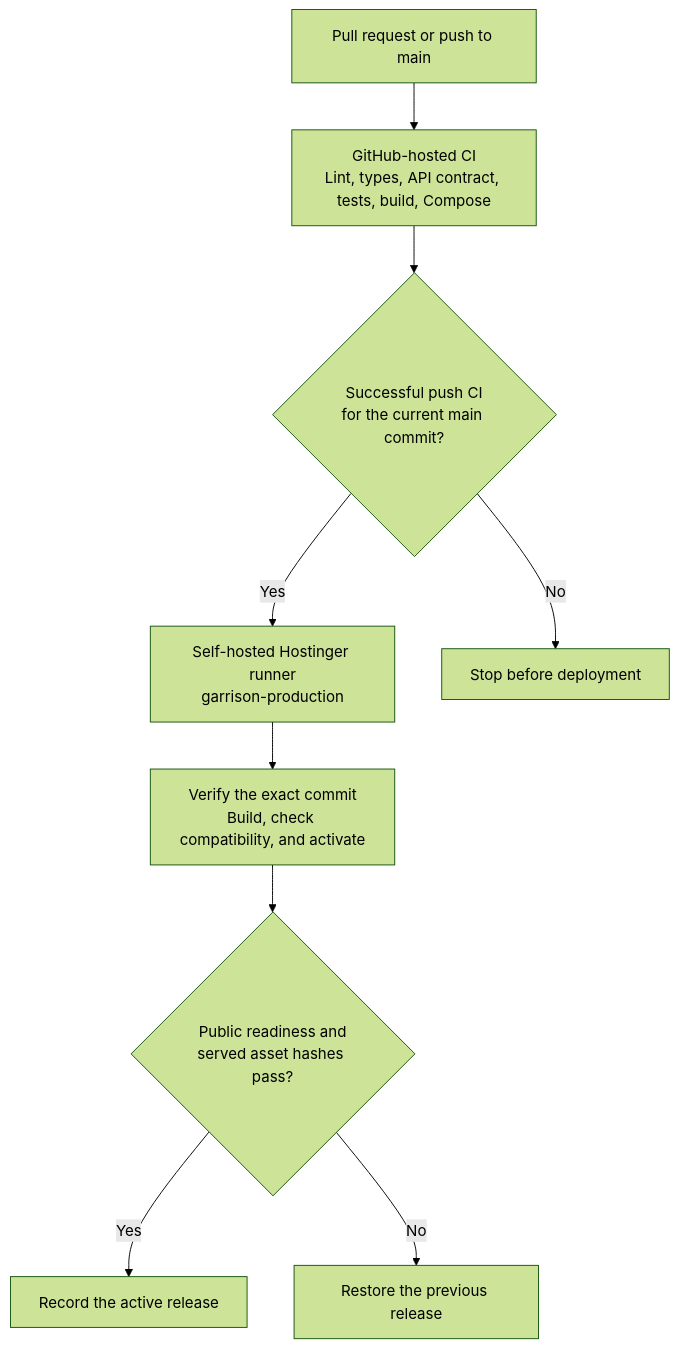
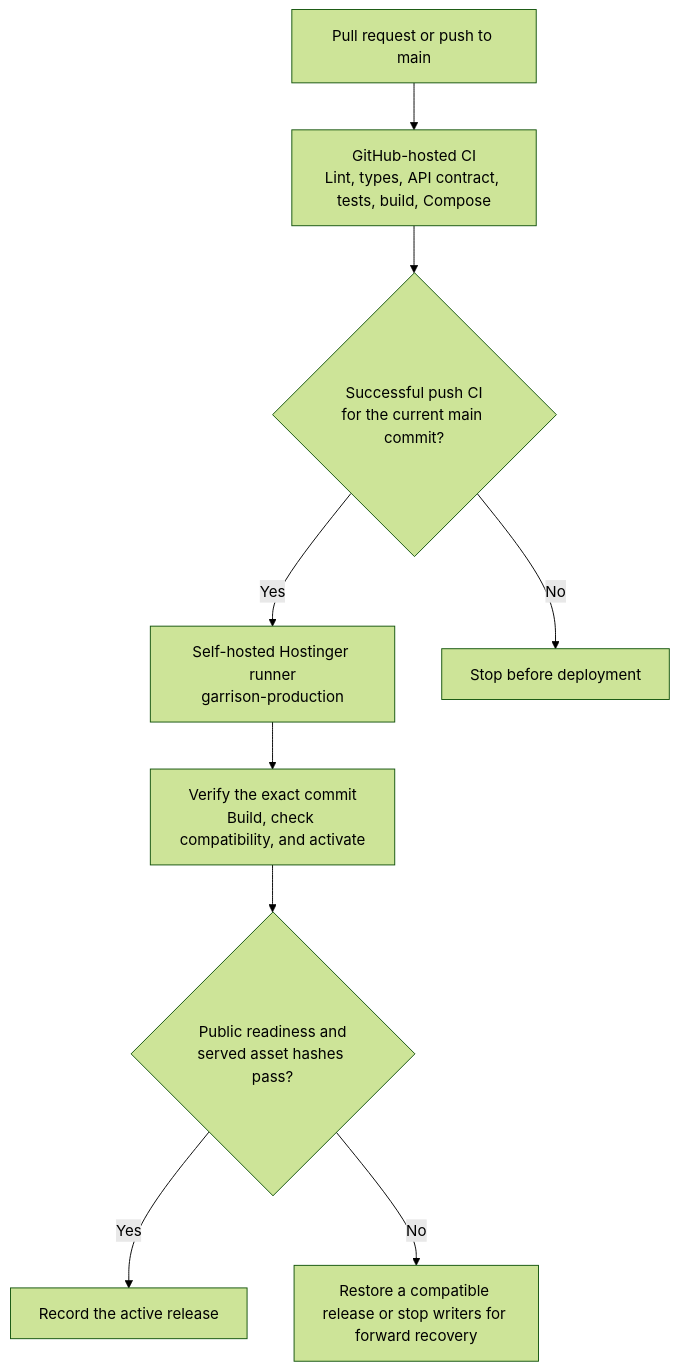
The third of 3 diagrams in README.md (nirzaf/garrison-investments), drawn with Mermaid (forest theme) before and after one commit. The commit also changed 5 other files, not shown here.

````diff
--- a/README.md
+++ b/README.md
@@ -103,11 +103,11 @@
 ```mermaid
 flowchart TB
     change["Pull request or push to main"] --> ci["GitHub-hosted CI<br/>Lint, types, API contract, tests, build, Compose"]
     ci --> gate{"Successful push CI<br/>for the current main commit?"}
     gate -->|"Yes"| runner["Self-hosted Hostinger runner<br/>garrison-production"]
     gate -->|"No"| stop["Stop before deployment"]
     runner --> release["Verify the exact commit<br/>Build, check compatibility, and activate"]
     release --> smoke{"Public readiness and<br/>served asset hashes pass?"}
     smoke -->|"Yes"| receipt["Record the active release"]
-    smoke -->|"No"| rollback["Restore the previous release"]
+    smoke -->|"No"| rollback["Restore a compatible release or stop writers for forward recovery"]
 ```
````
